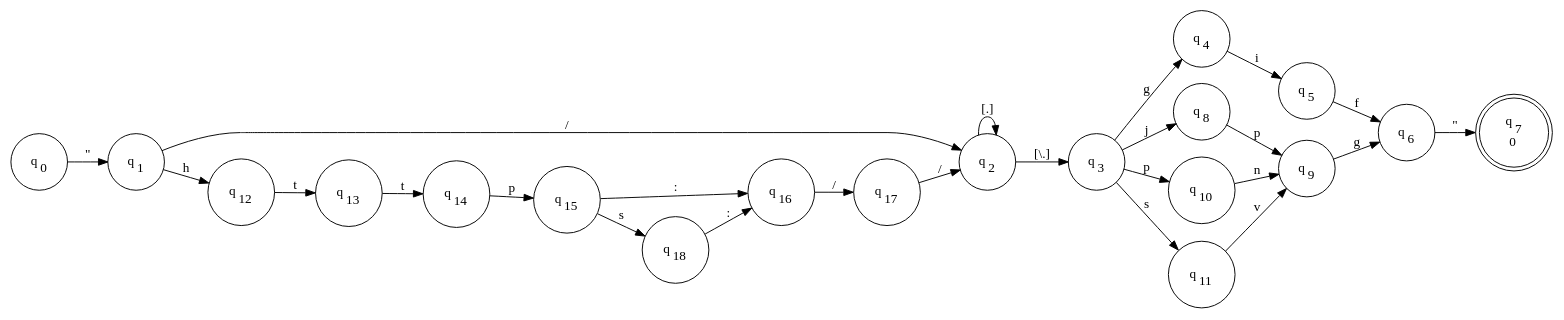
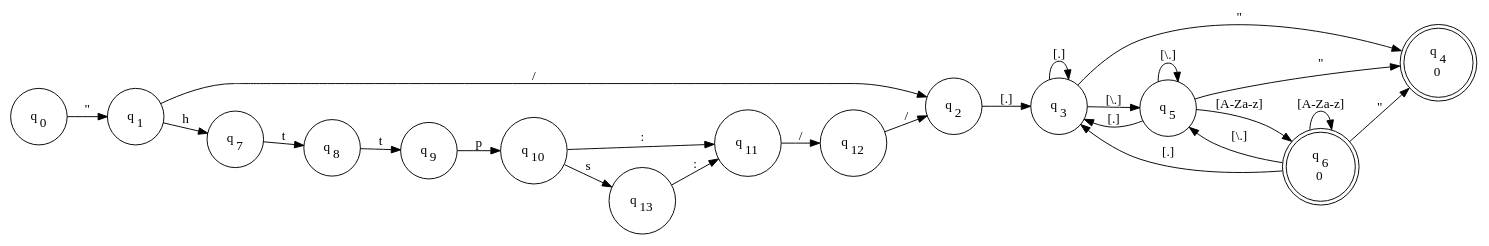
One commit to codewitch-honey-crisis/Reggie changed the diagram in ImgScraper/ImgUrl.dot. Above: the diagram before and after it, drawn with Graphviz. The commit also changed 72 other files, not shown here.

```diff
--- a/ImgScraper/ImgUrl.dot
+++ b/ImgScraper/ImgUrl.dot
@@ -1,48 +1,42 @@
 digraph FFA {
 rankdir=LR
 node [shape=circle]
 q0->q1 [label="\""]
 q1->q2 [label="/"]
-q1->q12 [label="h"]
-q2->q2 [label="[.]"]
-q2->q3 [label="[\\.]"]
-q3->q4 [label="g"]
-q3->q8 [label="j"]
-q3->q10 [label="p"]
-q3->q11 [label="s"]
-q4->q5 [label="i"]
-q5->q6 [label="f"]
-q6->q7 [label="\""]
-q8->q9 [label="p"]
-q9->q6 [label="g"]
-q10->q9 [label="n"]
-q11->q9 [label="v"]
-q12->q13 [label="t"]
-q13->q14 [label="t"]
-q14->q15 [label="p"]
-q15->q16 [label=":"]
-q15->q18 [label="s"]
-q16->q17 [label="/"]
-q17->q2 [label="/"]
-q18->q16 [label=":"]
+q1->q7 [label="h"]
+q2->q3 [label="[.]"]
+q3->q3 [label="[.]"]
+q3->q4 [label="\""]
+q3->q5 [label="[\\.]"]
+q5->q3 [label="[.]"]
+q5->q4 [label="\""]
+q5->q5 [label="[\\.]"]
+q5->q6 [label="[A-Za-z]"]
+q6->q3 [label="[.]"]
+q6->q4 [label="\""]
+q6->q5 [label="[\\.]"]
+q6->q6 [label="[A-Za-z]"]
+q7->q8 [label="t"]
+q8->q9 [label="t"]
+q9->q10 [label="p"]
+q10->q11 [label=":"]
+q10->q13 [label="s"]
+q11->q12 [label="/"]
+q12->q2 [label="/"]
+q13->q11 [label=":"]
 q0 [label=<<TABLE BORDER="0"><TR><TD>q<SUB>0</SUB></TD></TR></TABLE>>]
 q1 [label=<<TABLE BORDER="0"><TR><TD>q<SUB>1</SUB></TD></TR></TABLE>>]
 q2 [label=<<TABLE BORDER="0"><TR><TD>q<SUB>2</SUB></TD></TR></TABLE>>]
 q3 [label=<<TABLE BORDER="0"><TR><TD>q<SUB>3</SUB></TD></TR></TABLE>>]
-q4 [label=<<TABLE BORDER="0"><TR><TD>q<SUB>4</SUB></TD></TR></TABLE>>]
+q4 [label=<<TABLE BORDER="0"><TR><TD>q<SUB>4</SUB></TD></TR><TR><TD>0</TD></TR></TABLE>>,shape=doublecircle]
 q5 [label=<<TABLE BORDER="0"><TR><TD>q<SUB>5</SUB></TD></TR></TABLE>>]
-q6 [label=<<TABLE BORDER="0"><TR><TD>q<SUB>6</SUB></TD></TR></TABLE>>]
-q7 [label=<<TABLE BORDER="0"><TR><TD>q<SUB>7</SUB></TD></TR><TR><TD>0</TD></TR></TABLE>>,shape=doublecircle]
+q6 [label=<<TABLE BORDER="0"><TR><TD>q<SUB>6</SUB></TD></TR><TR><TD>0</TD></TR></TABLE>>,shape=doublecircle]
+q7 [label=<<TABLE BORDER="0"><TR><TD>q<SUB>7</SUB></TD></TR></TABLE>>]
 q8 [label=<<TABLE BORDER="0"><TR><TD>q<SUB>8</SUB></TD></TR></TABLE>>]
 q9 [label=<<TABLE BORDER="0"><TR><TD>q<SUB>9</SUB></TD></TR></TABLE>>]
 q10 [label=<<TABLE BORDER="0"><TR><TD>q<SUB>10</SUB></TD></TR></TABLE>>]
 q11 [label=<<TABLE BORDER="0"><TR><TD>q<SUB>11</SUB></TD></TR></TABLE>>]
 q12 [label=<<TABLE BORDER="0"><TR><TD>q<SUB>12</SUB></TD></TR></TABLE>>]
 q13 [label=<<TABLE BORDER="0"><TR><TD>q<SUB>13</SUB></TD></TR></TABLE>>]
-q14 [label=<<TABLE BORDER="0"><TR><TD>q<SUB>14</SUB></TD></TR></TABLE>>]
-q15 [label=<<TABLE BORDER="0"><TR><TD>q<SUB>15</SUB></TD></TR></TABLE>>]
-q16 [label=<<TABLE BORDER="0"><TR><TD>q<SUB>16</SUB></TD></TR></TABLE>>]
-q17 [label=<<TABLE BORDER="0"><TR><TD>q<SUB>17</SUB></TD></TR></TABLE>>]
-q18 [label=<<TABLE BORDER="0"><TR><TD>q<SUB>18</SUB></TD></TR></TABLE>>]
-q7,q7 [shape=doublecircle]
+q4,q6,q4,q6 [shape=doublecircle]
 }
```
